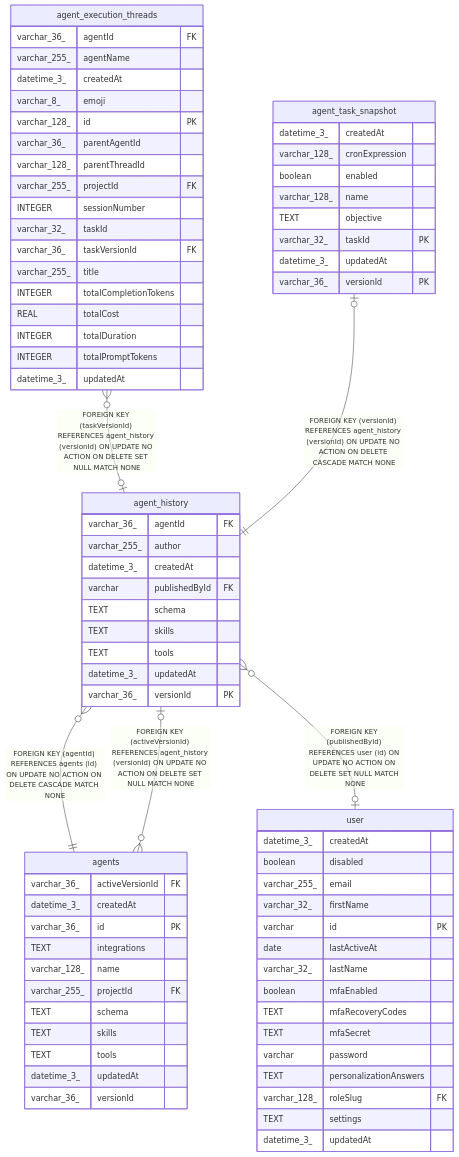
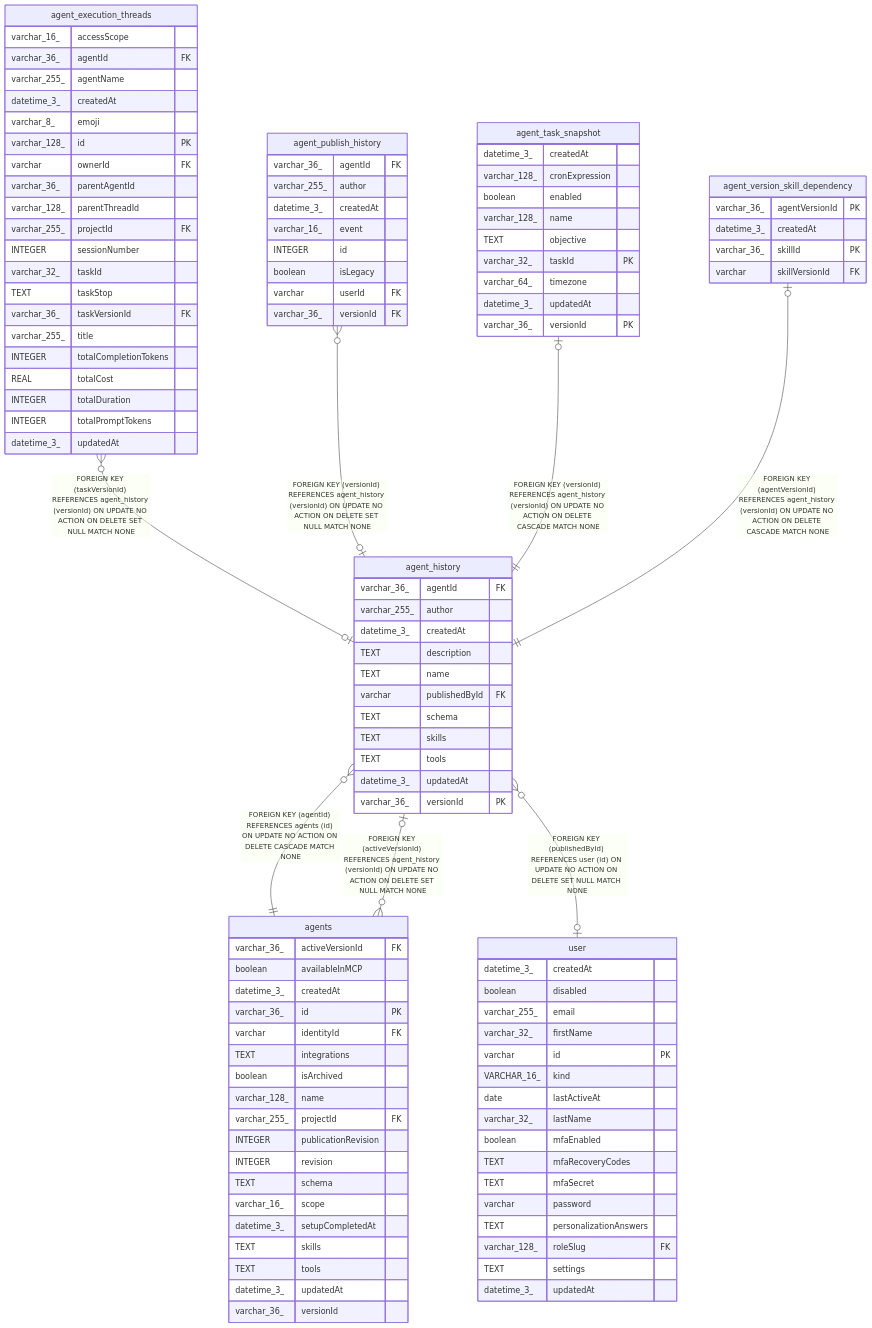
One commit to koreatest12/studys changed the diagram in n8n_integration/n8n_source/docs/generated/sqlite-schema/agent_history.md. Above: the diagram before and after it, drawn with Mermaid. The commit also changed other lines of this file and 23019 other files, not shown here.

````diff
--- a/n8n_integration/n8n_source/docs/generated/sqlite-schema/agent_history.md
+++ b/n8n_integration/n8n_source/docs/generated/sqlite-schema/agent_history.md
@@ -49,13 +51,17 @@
 "agent_history" }o--|| "agents" : "FOREIGN KEY (agentId) REFERENCES agents (id) ON UPDATE NO ACTION ON DELETE CASCADE MATCH NONE"
 "agent_history" }o--o| "user" : "FOREIGN KEY (publishedById) REFERENCES user (id) ON UPDATE NO ACTION ON DELETE SET NULL MATCH NONE"
 "agent_execution_threads" }o--o| "agent_history" : "FOREIGN KEY (taskVersionId) REFERENCES agent_history (versionId) ON UPDATE NO ACTION ON DELETE SET NULL MATCH NONE"
+"agent_publish_history" }o--o| "agent_history" : "FOREIGN KEY (versionId) REFERENCES agent_history (versionId) ON UPDATE NO ACTION ON DELETE SET NULL MATCH NONE"
 "agent_task_snapshot" |o--|| "agent_history" : "FOREIGN KEY (versionId) REFERENCES agent_history (versionId) ON UPDATE NO ACTION ON DELETE CASCADE MATCH NONE"
+"agent_version_skill_dependency" |o--|| "agent_history" : "FOREIGN KEY (agentVersionId) REFERENCES agent_history (versionId) ON UPDATE NO ACTION ON DELETE CASCADE MATCH NONE"
 "agents" }o--o| "agent_history" : "FOREIGN KEY (activeVersionId) REFERENCES agent_history (versionId) ON UPDATE NO ACTION ON DELETE SET NULL MATCH NONE"
 
 "agent_history" {
   varchar_36_ agentId FK
   varchar_255_ author
   datetime_3_ createdAt
+  TEXT description
+  TEXT name
   varchar publishedById FK
   TEXT schema
   TEXT skills
@@ -65,12 +71,19 @@
 }
 "agents" {
   varchar_36_ activeVersionId FK
+  boolean availableInMCP
   datetime_3_ createdAt
   varchar_36_ id PK
+  varchar identityId FK
   TEXT integrations
+  boolean isArchived
   varchar_128_ name
   varchar_255_ projectId FK
+  INTEGER publicationRevision
+  INTEGER revision
   TEXT schema
+  varchar_16_ scope
+  datetime_3_ setupCompletedAt
   TEXT skills
   TEXT tools
   datetime_3_ updatedAt
@@ -82,6 +95,7 @@
   varchar_255_ email
   varchar_32_ firstName
   varchar id PK
+  VARCHAR_16_ kind
   date lastActiveAt
   varchar_32_ lastName
   boolean mfaEnabled
@@ -94,16 +108,19 @@
   datetime_3_ updatedAt
 }
 "agent_execution_threads" {
+  varchar_16_ accessScope
   varchar_36_ agentId FK
   varchar_255_ agentName
   datetime_3_ createdAt
   varchar_8_ emoji
   varchar_128_ id PK
+  varchar ownerId FK
   varchar_36_ parentAgentId
   varchar_128_ parentThreadId
   varchar_255_ projectId FK
   INTEGER sessionNumber
   varchar_32_ taskId
+  TEXT taskStop
   varchar_36_ taskVersionId FK
   varchar_255_ title
   INTEGER totalCompletionTokens
@@ -112,6 +129,16 @@
   INTEGER totalPromptTokens
   datetime_3_ updatedAt
 }
+"agent_publish_history" {
+  varchar_36_ agentId FK
+  varchar_255_ author
+  datetime_3_ createdAt
+  varchar_16_ event
+  INTEGER id
+  boolean isLegacy
+  varchar userId FK
+  varchar_36_ versionId FK
+}
 "agent_task_snapshot" {
   datetime_3_ createdAt
   varchar_128_ cronExpression
@@ -119,7 +146,14 @@
   varchar_128_ name
   TEXT objective
   varchar_32_ taskId PK
+  varchar_64_ timezone
   datetime_3_ updatedAt
   varchar_36_ versionId PK
 }
+"agent_version_skill_dependency" {
+  varchar_36_ agentVersionId PK
+  datetime_3_ createdAt
+  varchar_36_ skillId PK
+  varchar skillVersionId FK
+}
 ```
````
